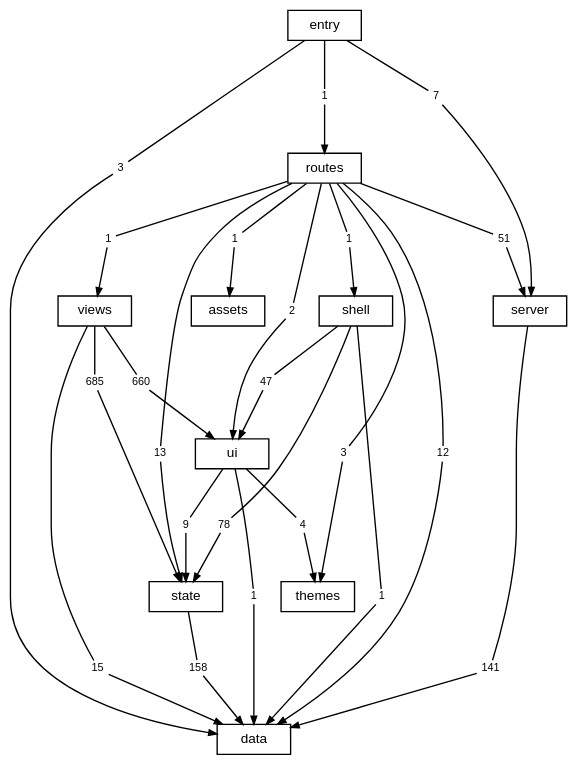
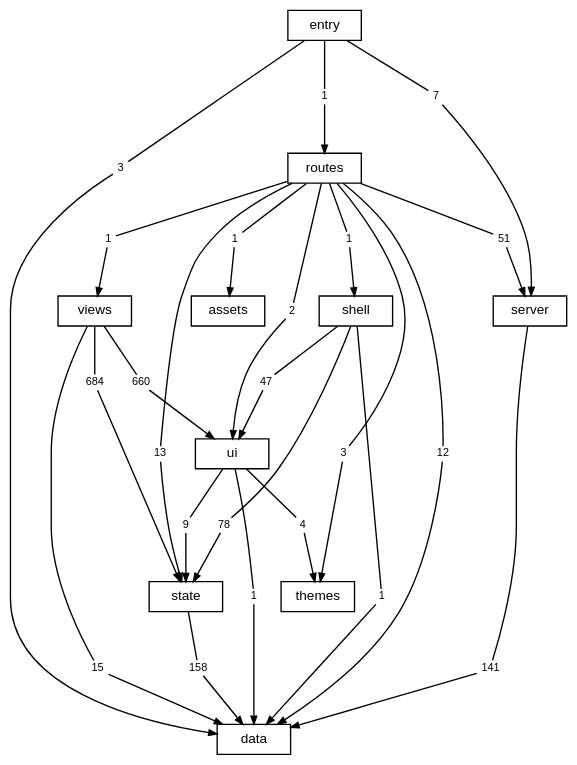
One commit to TheAxeC/oculus changed the diagram in docs/diagrams/layers.dot. Above: the diagram before and after it, drawn with Graphviz. The commit also changed 24 other files, not shown here.

```diff
--- a/docs/diagrams/layers.dot
+++ b/docs/diagrams/layers.dot
@@ -1,81 +1,81 @@
 digraph layers {
     graph [bgcolor="transparent", rankdir=TB, newrank=true, fontname="Helvetica,Arial,sans-serif", fontsize=12, nodesep=0.2, ranksep=0.5];
     node [shape=box, color="black", fontcolor="black", fontname="Helvetica,Arial,sans-serif", fontsize=10, height=0.3, margin="0.12,0.04"];
     edge [color="black", fontcolor="black", fontname="Helvetica,Arial,sans-serif", fontsize=8, arrowsize=0.6];
     "data";
     "server";
     "state";
     "ui";
     "shell";
     "views";
     "themes";
     "routes";
     "src" [label="entry"];
     "files: assets" [label="assets"];
     "routes to data" [label="12", shape=box, color="transparent", fontsize=8, width=0, height=0, margin="0.04,0.02"];
     "routes" -> "routes to data" [arrowhead=none];
     "routes to data" -> "data" [];
     "routes to files: assets" [label="1", shape=box, color="transparent", fontsize=8, width=0, height=0, margin="0.04,0.02"];
     "routes" -> "routes to files: assets" [arrowhead=none];
     "routes to files: assets" -> "files: assets" [];
     "routes to server" [label="51", shape=box, color="transparent", fontsize=8, width=0, height=0, margin="0.04,0.02"];
     "routes" -> "routes to server" [arrowhead=none];
     "routes to server" -> "server" [];
     "routes to shell" [label="1", shape=box, color="transparent", fontsize=8, width=0, height=0, margin="0.04,0.02"];
     "routes" -> "routes to shell" [arrowhead=none];
     "routes to shell" -> "shell" [];
     "routes to state" [label="13", shape=box, color="transparent", fontsize=8, width=0, height=0, margin="0.04,0.02"];
     "routes" -> "routes to state" [arrowhead=none];
     "routes to state" -> "state" [];
     "routes to themes" [label="3", shape=box, color="transparent", fontsize=8, width=0, height=0, margin="0.04,0.02"];
     "routes" -> "routes to themes" [arrowhead=none];
     "routes to themes" -> "themes" [];
     "routes to ui" [label="2", shape=box, color="transparent", fontsize=8, width=0, height=0, margin="0.04,0.02"];
     "routes" -> "routes to ui" [arrowhead=none];
     "routes to ui" -> "ui" [];
     "routes to views" [label="1", shape=box, color="transparent", fontsize=8, width=0, height=0, margin="0.04,0.02"];
     "routes" -> "routes to views" [arrowhead=none];
     "routes to views" -> "views" [];
     "server to data" [label="141", shape=box, color="transparent", fontsize=8, width=0, height=0, margin="0.04,0.02"];
     "server" -> "server to data" [arrowhead=none];
     "server to data" -> "data" [];
     "shell to data" [label="1", shape=box, color="transparent", fontsize=8, width=0, height=0, margin="0.04,0.02"];
     "shell" -> "shell to data" [arrowhead=none];
     "shell to data" -> "data" [];
     "shell to state" [label="78", shape=box, color="transparent", fontsize=8, width=0, height=0, margin="0.04,0.02"];
     "shell" -> "shell to state" [arrowhead=none];
     "shell to state" -> "state" [];
     "shell to ui" [label="47", shape=box, color="transparent", fontsize=8, width=0, height=0, margin="0.04,0.02"];
     "shell" -> "shell to ui" [arrowhead=none];
     "shell to ui" -> "ui" [];
     "src to data" [label="3", shape=box, color="transparent", fontsize=8, width=0, height=0, margin="0.04,0.02"];
     "src" -> "src to data" [arrowhead=none];
     "src to data" -> "data" [];
     "src to routes" [label="1", shape=box, color="transparent", fontsize=8, width=0, height=0, margin="0.04,0.02"];
     "src" -> "src to routes" [arrowhead=none];
     "src to routes" -> "routes" [];
     "src to server" [label="7", shape=box, color="transparent", fontsize=8, width=0, height=0, margin="0.04,0.02"];
     "src" -> "src to server" [arrowhead=none];
     "src to server" -> "server" [];
     "state to data" [label="158", shape=box, color="transparent", fontsize=8, width=0, height=0, margin="0.04,0.02"];
     "state" -> "state to data" [arrowhead=none];
     "state to data" -> "data" [];
     "ui to data" [label="1", shape=box, color="transparent", fontsize=8, width=0, height=0, margin="0.04,0.02"];
     "ui" -> "ui to data" [arrowhead=none];
     "ui to data" -> "data" [];
     "ui to state" [label="9", shape=box, color="transparent", fontsize=8, width=0, height=0, margin="0.04,0.02"];
     "ui" -> "ui to state" [arrowhead=none];
     "ui to state" -> "state" [];
     "ui to themes" [label="4", shape=box, color="transparent", fontsize=8, width=0, height=0, margin="0.04,0.02"];
     "ui" -> "ui to themes" [arrowhead=none];
     "ui to themes" -> "themes" [];
     "views to data" [label="15", shape=box, color="transparent", fontsize=8, width=0, height=0, margin="0.04,0.02"];
     "views" -> "views to data" [arrowhead=none];
     "views to data" -> "data" [];
-    "views to state" [label="685", shape=box, color="transparent", fontsize=8, width=0, height=0, margin="0.04,0.02"];
+    "views to state" [label="684", shape=box, color="transparent", fontsize=8, width=0, height=0, margin="0.04,0.02"];
     "views" -> "views to state" [arrowhead=none];
     "views to state" -> "state" [];
     "views to ui" [label="660", shape=box, color="transparent", fontsize=8, width=0, height=0, margin="0.04,0.02"];
     "views" -> "views to ui" [arrowhead=none];
     "views to ui" -> "ui" [];
 }
```
